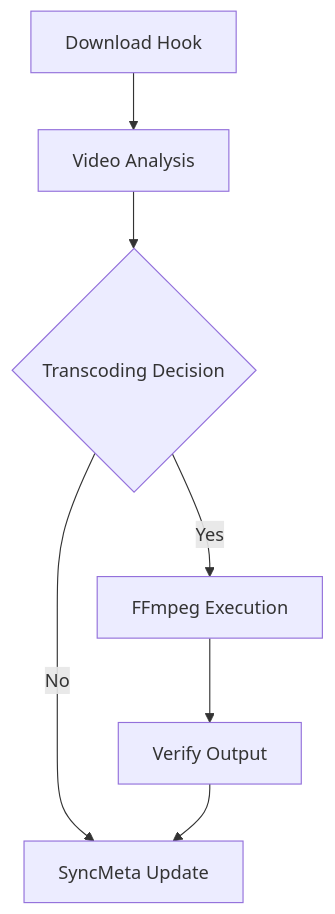
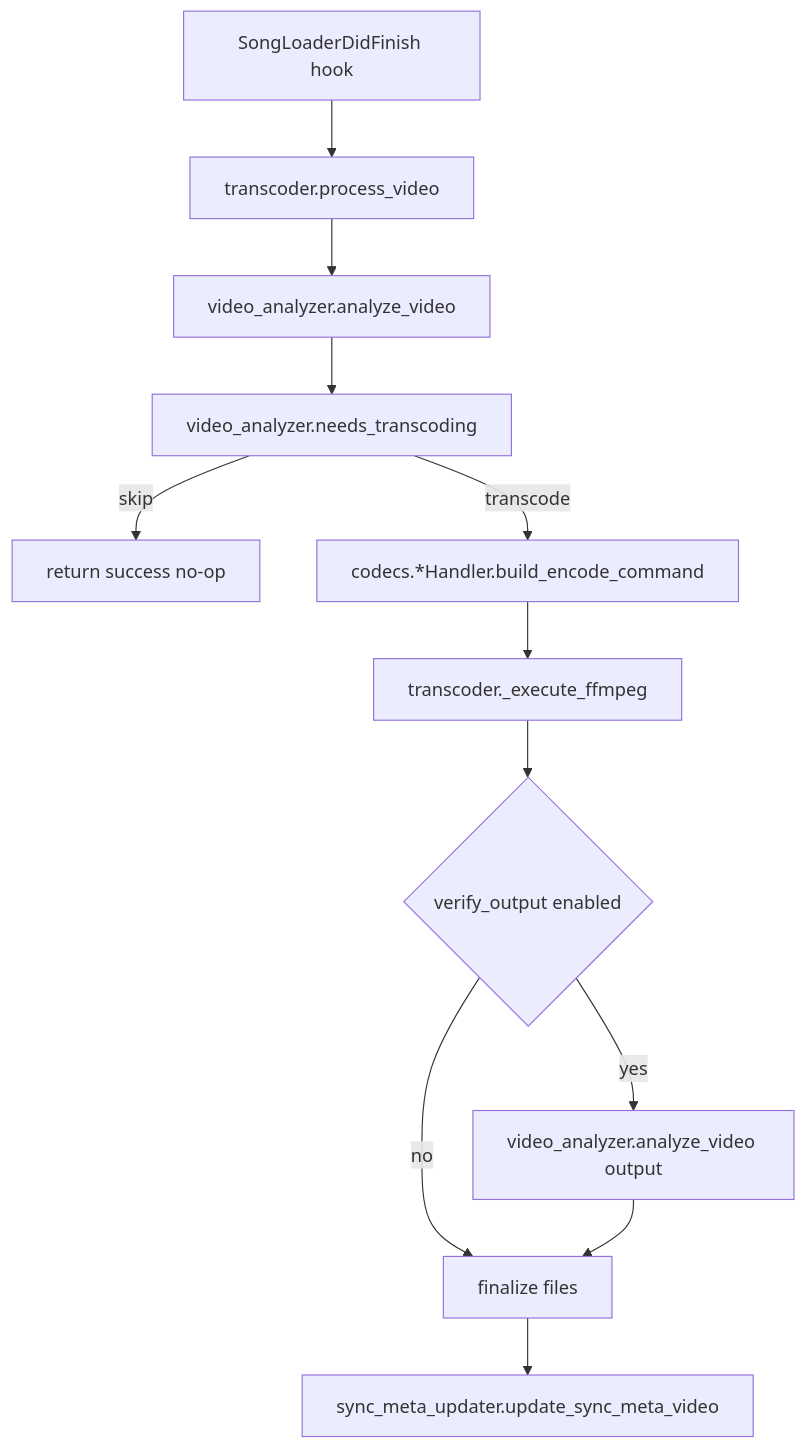
Before and after one commit to FirbyKirby/USDB-Syncer-Video-Transcoder: the diagram in docs/ARCHITECTURE.md, drawn with Mermaid. The commit also changed other lines of this file and 1 other file, not shown here.

Commit message:
docs: Update README and ARCHITECTURE for clarity on codec support and design decisions

````diff
--- a/docs/ARCHITECTURE.md
+++ b/docs/ARCHITECTURE.md
@@ -11,9 +87,14 @@
 ```mermaid
 flowchart TD
-  A[Download Hook] --> B[Video Analysis]
-  B --> C{Transcoding Decision}
-  C -->|No| D[SyncMeta Update]
-  C -->|Yes| E[FFmpeg Execution]
-  E --> F[Verify Output]
-  F --> D
+  A[SongLoaderDidFinish hook] --> B[transcoder.process_video]
+  B --> C[video_analyzer.analyze_video]
+  C --> D[video_analyzer.needs_transcoding]
+  D -->|skip| E[return success no-op]
+  D -->|transcode| F[codecs.*Handler.build_encode_command]
+  F --> G[transcoder._execute_ffmpeg]
+  G --> H{verify_output enabled}
+  H -->|yes| I[video_analyzer.analyze_video output]
+  H -->|no| J[finalize files]
+  I --> J
+  J --> K[sync_meta_updater.update_sync_meta_video]
 ```
````
